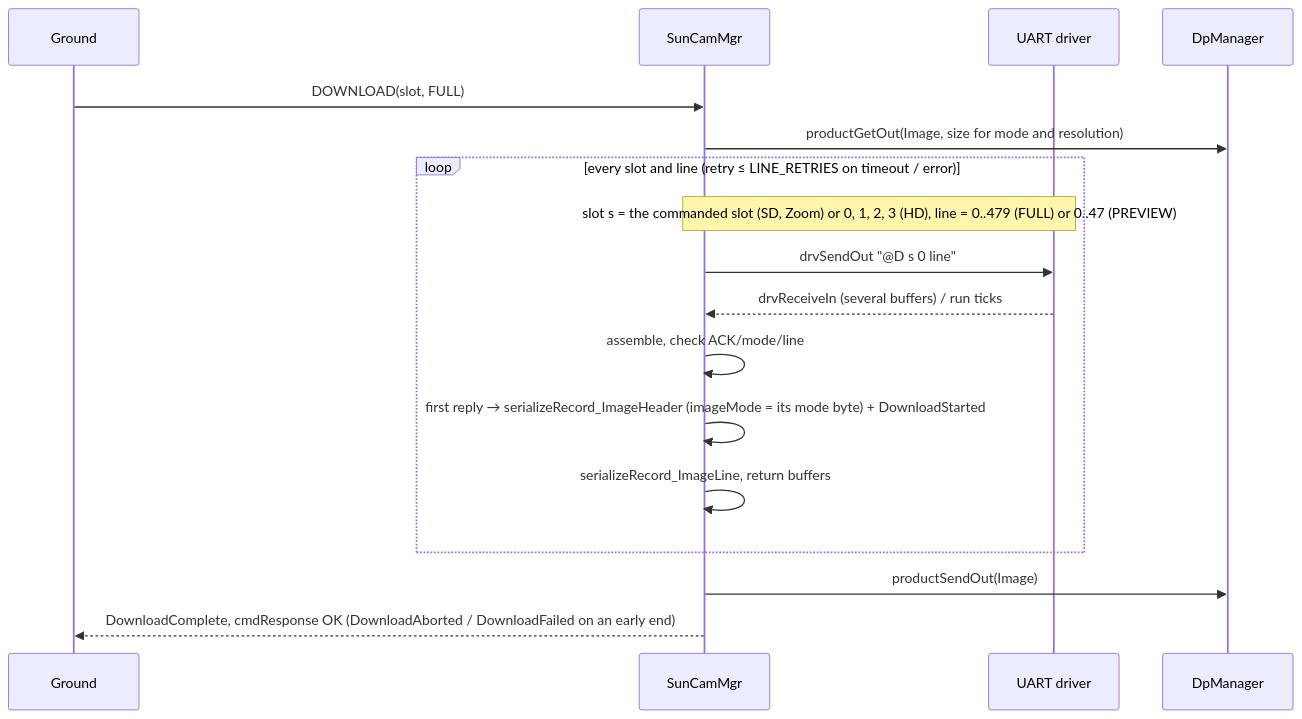
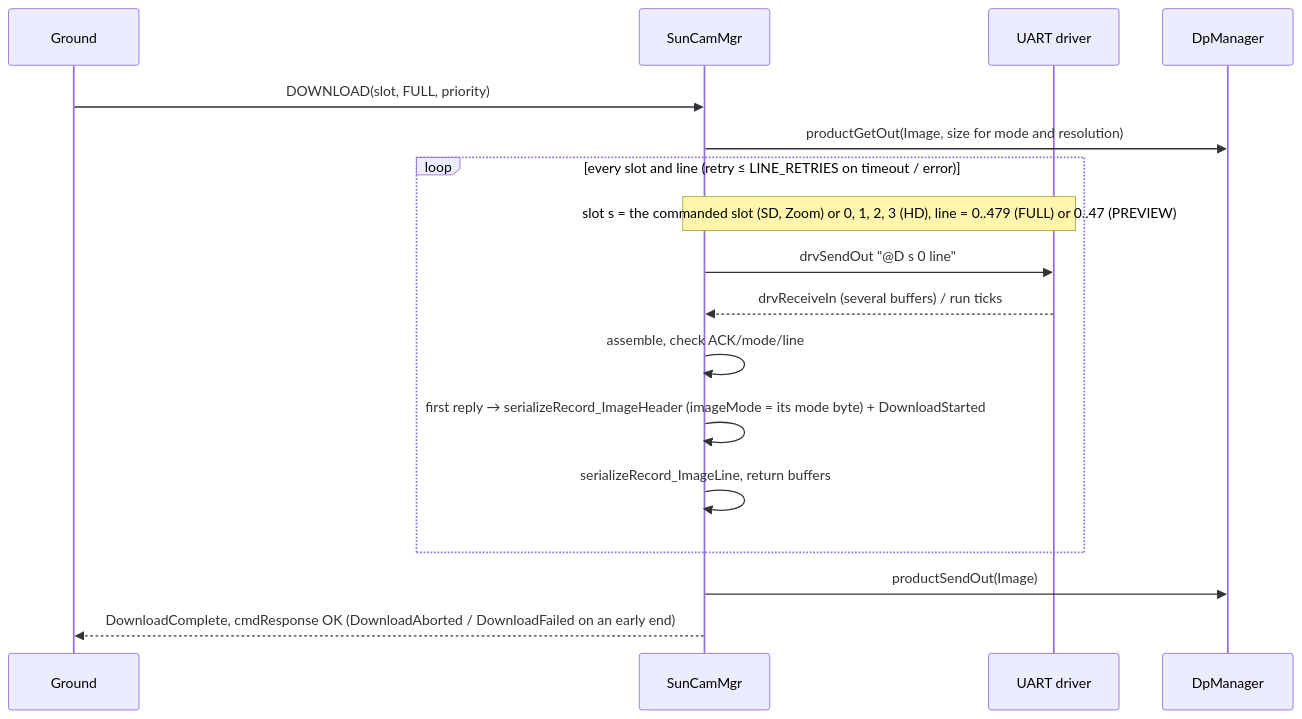
One commit to fprime-community/fprime-devices changed the second of 2 diagrams in fprime-devices/KissCam/Components/SunCamMgr/docs/sdd.md. Above: the diagram before and after it, drawn with Mermaid. The commit also changed other lines of this file and 9 other files, not shown here.

First line of the commit message:
SunCamMgr: DOWNLOAD takes a data-product priority argument (REQ-SunCamMgr-037) (#8)

````diff
--- a/fprime-devices/KissCam/Components/SunCamMgr/docs/sdd.md
+++ b/fprime-devices/KissCam/Components/SunCamMgr/docs/sdd.md
@@ -279,19 +283,19 @@
 ```mermaid
 sequenceDiagram
     participant G as Ground
     participant M as SunCamMgr
     participant U as UART driver
     participant D as DpManager
-    G->>M: DOWNLOAD(slot, FULL)
+    G->>M: DOWNLOAD(slot, FULL, priority)
     M->>D: productGetOut(Image, size for mode and resolution)
     loop every slot and line (retry ≤ LINE_RETRIES on timeout / error)
         Note over M,U: slot s = the commanded slot (SD, Zoom) or 0, 1, 2, 3 (HD), line = 0..479 (FULL) or 0..47 (PREVIEW)
         M->>U: drvSendOut "@D s 0 line"
         U-->>M: drvReceiveIn (several buffers) / run ticks
         M->>M: assemble, check ACK/mode/line
         M->>M: first reply → serializeRecord_ImageHeader (imageMode = its mode byte) + DownloadStarted
         M->>M: serializeRecord_ImageLine, return buffers
     end
     M->>D: productSendOut(Image)
     M-->>G: DownloadComplete, cmdResponse OK (DownloadAborted / DownloadFailed on an early end)
 ```
````
